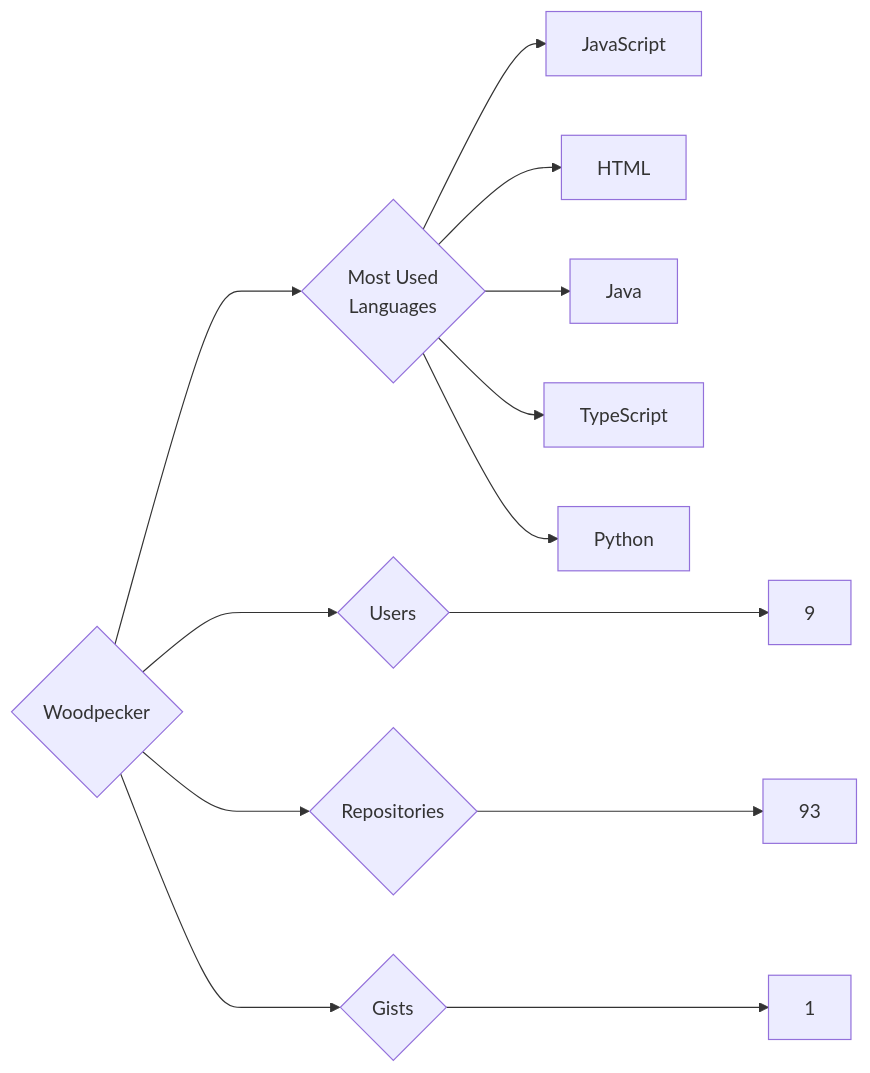
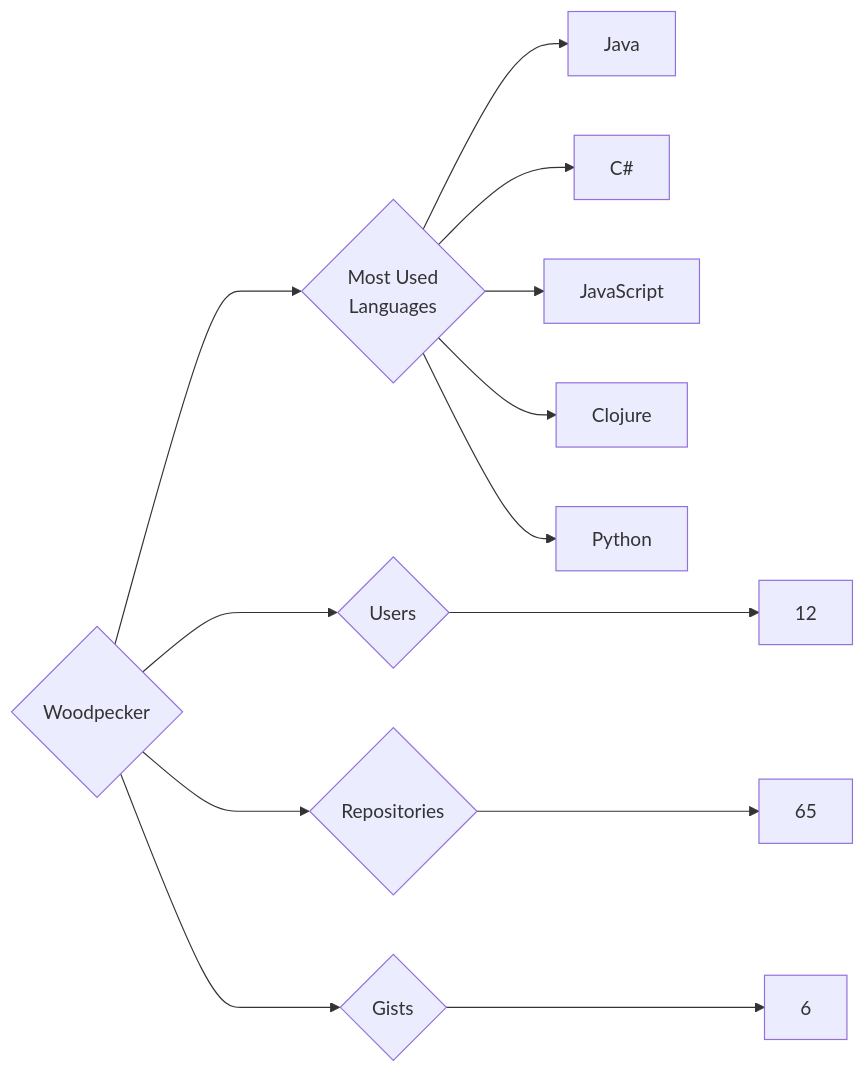
The diagram in targets/Woodpecker/README.md (trickest/insiders), drawn with Mermaid before and after one commit. The commit also changed 829 other files, not shown here.

````diff
--- a/targets/Woodpecker/README.md
+++ b/targets/Woodpecker/README.md
@@ -3,13 +3,13 @@
 ```mermaid
 graph LR
 COMPANY_NAME{Woodpecker}
-COMPANY_NAME ---> U{Users} ---> UN[9]
-COMPANY_NAME ---> R{Repositories} ---> RN[93]
-COMPANY_NAME ---> G{Gists} ---> GN[1]
+COMPANY_NAME ---> U{Users} ---> UN[12]
+COMPANY_NAME ---> R{Repositories} ---> RN[65]
+COMPANY_NAME ---> G{Gists} ---> GN[6]
 COMPANY_NAME ---> ML{Most Used<br>Languages}
+ML --> Java[Java]
+ML --> C#[C#]
 ML --> JavaScript[JavaScript]
-ML --> HTML[HTML]
-ML --> Java[Java]
-ML --> TypeScript[TypeScript]
+ML --> Clojure[Clojure]
 ML --> Python[Python]
 ```
````
